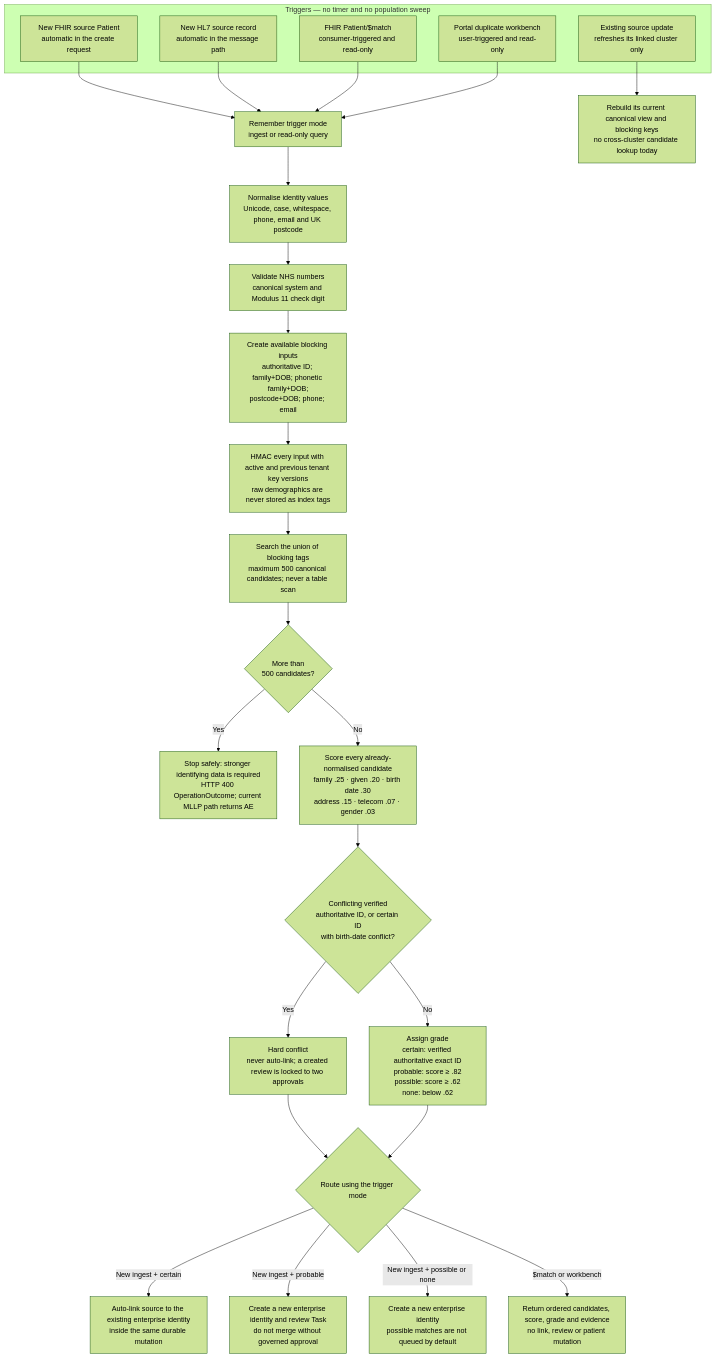
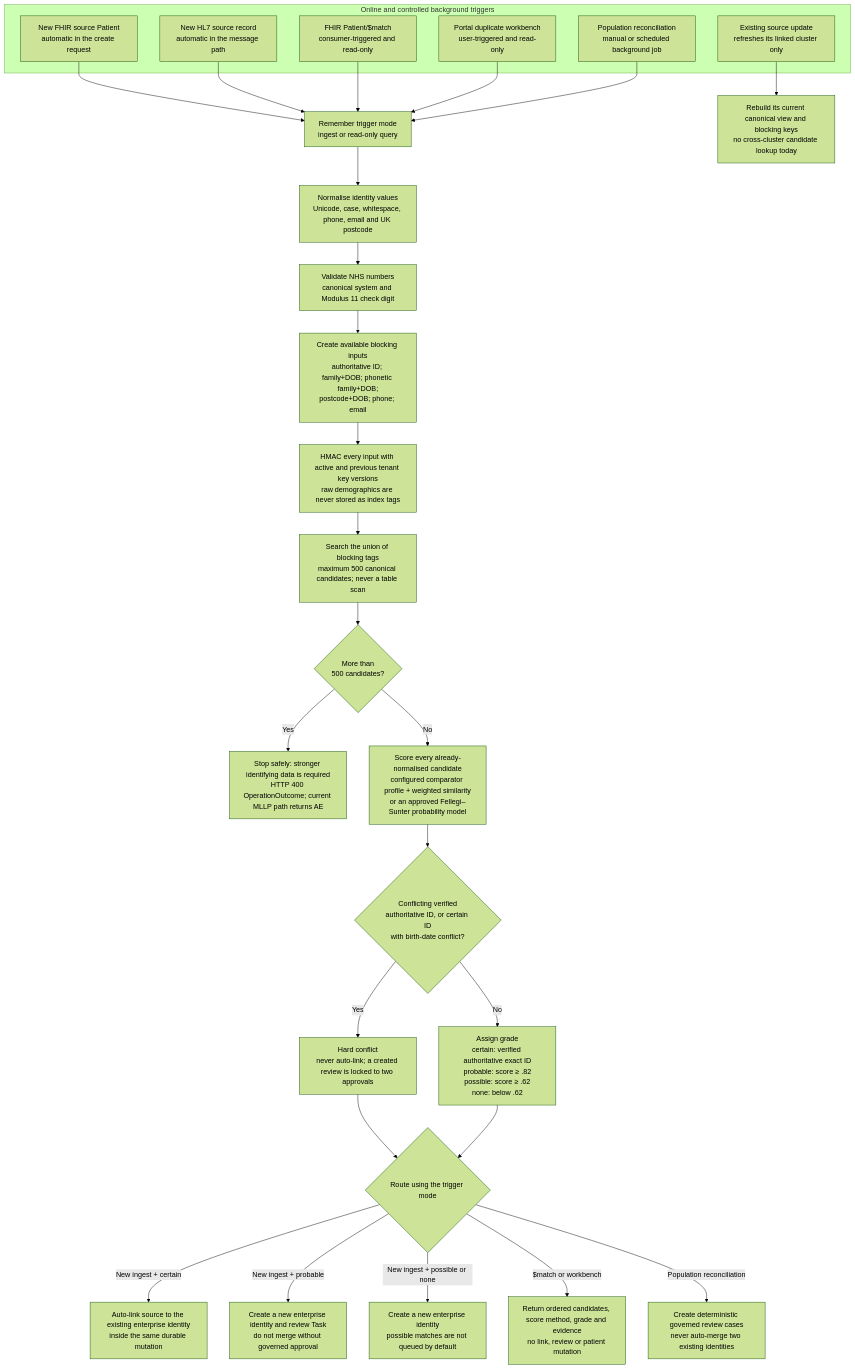
One commit to Lumbridge/FhirMpi changed the second of 11 diagrams in docs-site/src/content/docs/architecture/core-paths.md. Above: the diagram before and after it, drawn with Mermaid (forest theme). The commit also changed other lines of this file and 15 other files, not shown here.

````diff
--- a/docs-site/src/content/docs/architecture/core-paths.md
+++ b/docs-site/src/content/docs/architecture/core-paths.md
@@ -80,34 +89,37 @@
 ```mermaid
 flowchart TD
-    subgraph triggers["Triggers — no timer and no population sweep"]
+    subgraph triggers["Online and controlled background triggers"]
         NF["New FHIR source Patient<br/>automatic in the create request"]
         NH["New HL7 source record<br/>automatic in the message path"]
         FM["FHIR Patient/$match<br/>consumer-triggered and read-only"]
         PW["Portal duplicate workbench<br/>user-triggered and read-only"]
         EU["Existing source update<br/>refreshes its linked cluster only"]
+        PR["Population reconciliation<br/>manual or scheduled background job"]
     end
 
     NF --> MODE["Remember trigger mode<br/>ingest or read-only query"]
     NH --> MODE
     FM --> MODE
     PW --> MODE
+    PR --> MODE
     EU --> REFRESH["Rebuild its current canonical view and blocking keys<br/>no cross-cluster candidate lookup today"]
 
     MODE --> NORMALISE["Normalise identity values<br/>Unicode, case, whitespace, phone, email and UK postcode"]
     NORMALISE --> NHS["Validate NHS numbers<br/>canonical system and Modulus 11 check digit"]
     NHS --> RAW["Create available blocking inputs<br/>authoritative ID; family+DOB; phonetic family+DOB;<br/>postcode+DOB; phone; email"]
     RAW --> HMAC["HMAC every input with active and previous tenant key versions<br/>raw demographics are never stored as index tags"]
     HMAC --> LOOKUP["Search the union of blocking tags<br/>maximum 500 canonical candidates; never a table scan"]
     LOOKUP --> BROAD{"More than<br/>500 candidates?"}
     BROAD -->|"Yes"| STOP["Stop safely: stronger identifying data is required<br/>HTTP 400 OperationOutcome; current MLLP path returns AE"]
-    BROAD -->|"No"| SCORE["Score every already-normalised candidate<br/>family .25 · given .20 · birth date .30<br/>address .15 · telecom .07 · gender .03"]
+    BROAD -->|"No"| SCORE["Score every already-normalised candidate<br/>configured comparator profile + weighted similarity<br/>or an approved Fellegi–Sunter probability model"]
     SCORE --> CONFLICT{"Conflicting verified<br/>authoritative ID, or certain ID<br/>with birth-date conflict?"}
     CONFLICT -->|"Yes"| HARD["Hard conflict<br/>never auto-link; a created review is locked to two approvals"]
     CONFLICT -->|"No"| GRADE["Assign grade<br/>certain: verified authoritative exact ID<br/>probable: score ≥ .82<br/>possible: score ≥ .62<br/>none: below .62"]
     HARD --> ROUTE
     GRADE --> ROUTE{"Route using the trigger mode"}
     ROUTE -->|"New ingest + certain"| AUTO["Auto-link source to the existing enterprise identity<br/>inside the same durable mutation"]
     ROUTE -->|"New ingest + probable"| REVIEW["Create a new enterprise identity and review Task<br/>do not merge without governed approval"]
     ROUTE -->|"New ingest + possible or none"| NEW["Create a new enterprise identity<br/>possible matches are not queued by default"]
-    ROUTE -->|"$match or workbench"| RETURN["Return ordered candidates, score, grade and evidence<br/>no link, review or patient mutation"]
+    ROUTE -->|"$match or workbench"| RETURN["Return ordered candidates, score method, grade and evidence<br/>no link, review or patient mutation"]
+    ROUTE -->|"Population reconciliation"| RECON_REVIEW["Create deterministic governed review cases<br/>never auto-merge two existing identities"]
 ```
````
